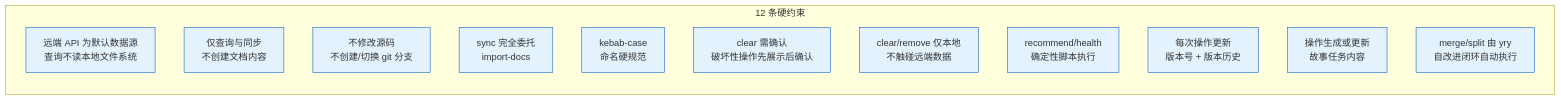
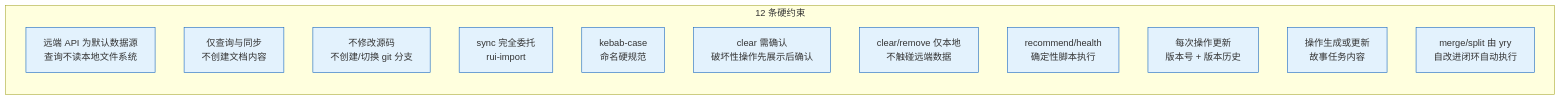
One commit to effiy/YrY changed diagram 13 of 15 in skills/rui-story/SKILL.md. Above: the diagram before and after it, drawn with Mermaid. The commit also changed other lines of this file and 41 other files, not shown here.

````diff
--- a/skills/rui-story/SKILL.md
+++ b/skills/rui-story/SKILL.md
@@ -501,18 +501,18 @@
 ```mermaid
 flowchart LR
     subgraph 规则["12 条硬约束"]
         R1["远端 API 为默认数据源<br/>查询不读本地文件系统"]:::rule
         R2["仅查询与同步<br/>不创建文档内容"]:::rule
         R3["不修改源码<br/>不创建/切换 git 分支"]:::rule
-        R4["sync 完全委托<br/>import-docs"]:::rule
+        R4["sync 完全委托<br/>rui-import"]:::rule
         R5["kebab-case<br/>命名硬规范"]:::rule
         R6["clear 需确认<br/>破坏性操作先展示后确认"]:::rule
         R7["clear/remove 仅本地<br/>不触碰远端数据"]:::rule
         R8["recommend/health<br/>确定性脚本执行"]:::rule
             R9["每次操作更新<br/>版本号 + 版本历史"]:::rule
             R10["操作生成或更新<br/>故事任务内容"]:::rule
             R11["merge/split 由 yry<br/>自改进闭环自动执行"]:::rule
     end
 
     classDef rule fill:#e3f2fd,stroke:#1565c0;
 ```
````
